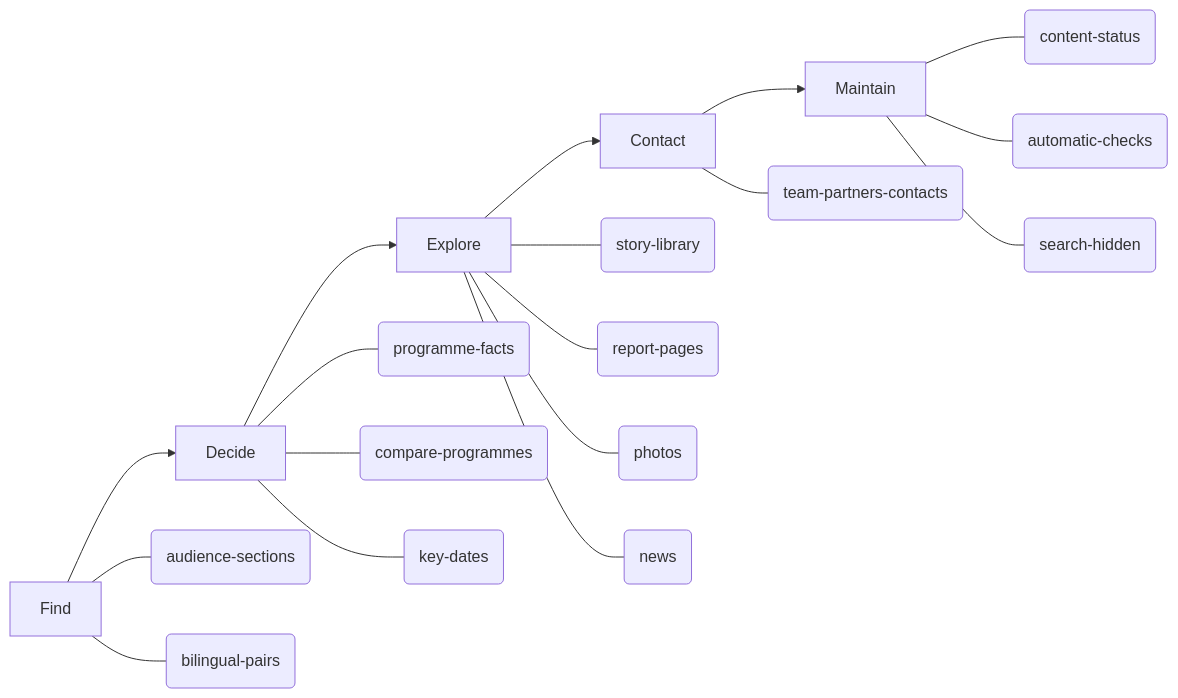
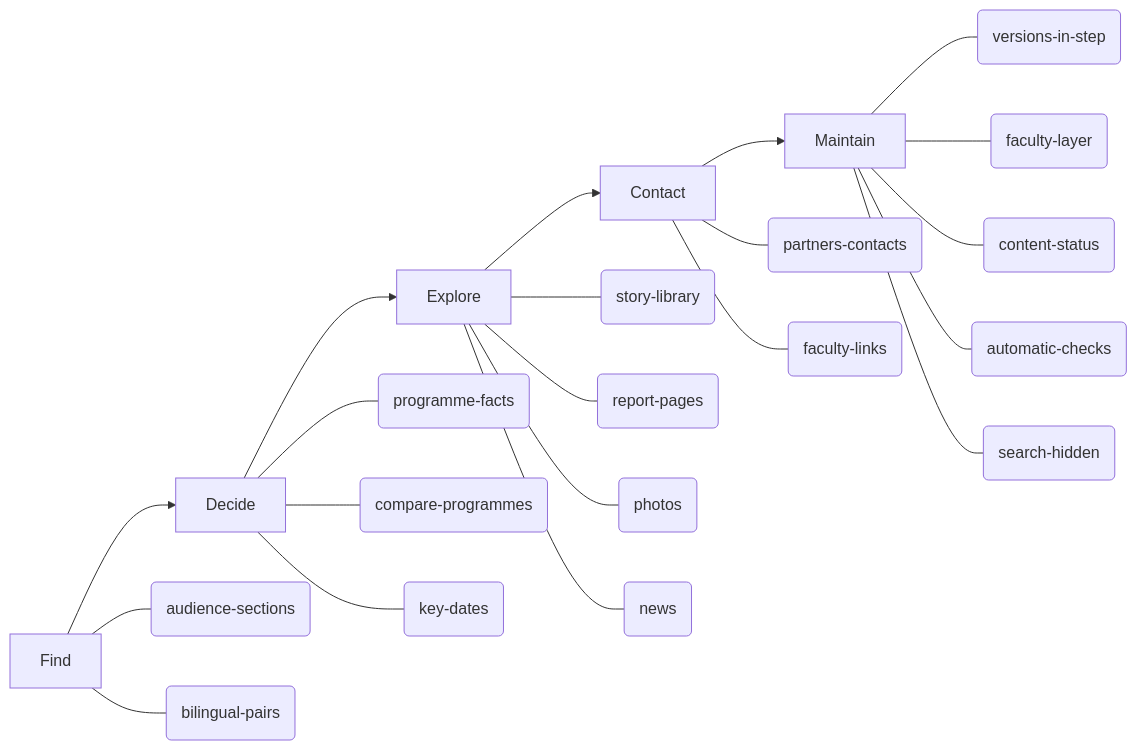
Before and after one commit to BasileChretien/nagoya-med-intl-prototype: the diagram in docs/features.md, drawn with Mermaid. The commit also changed other lines of this file and 444 other files, not shown here.

First line of the commit message:
feat: two-layer split with the faculty site and checks that no version goes stale (#3)

````diff
--- a/docs/features.md
+++ b/docs/features.md
@@ -5,25 +5,28 @@
 ```mermaid
 flowchart LR
   S0["Find"]
   S1["Decide"]
   S2["Explore"]
   S3["Contact"]
   S4["Maintain"]
   S0 --> S1
   S1 --> S2
   S2 --> S3
   S3 --> S4
   S0 --- audience_sections("audience-sections")
   S0 --- bilingual_pairs("bilingual-pairs")
   S1 --- programme_facts("programme-facts")
   S1 --- compare_programmes("compare-programmes")
   S1 --- key_dates("key-dates")
   S2 --- story_library("story-library")
   S2 --- report_pages("report-pages")
   S2 --- photos("photos")
   S2 --- news("news")
-  S3 --- team_partners_contacts("team-partners-contacts")
+  S3 --- partners_contacts("partners-contacts")
+  S3 --- faculty_links("faculty-links")
+  S4 --- versions_in_step("versions-in-step")
+  S4 --- faculty_layer("faculty-layer")
   S4 --- content_status("content-status")
   S4 --- automatic_checks("automatic-checks")
   S4 --- search_hidden("search-hidden")
 ```
````
